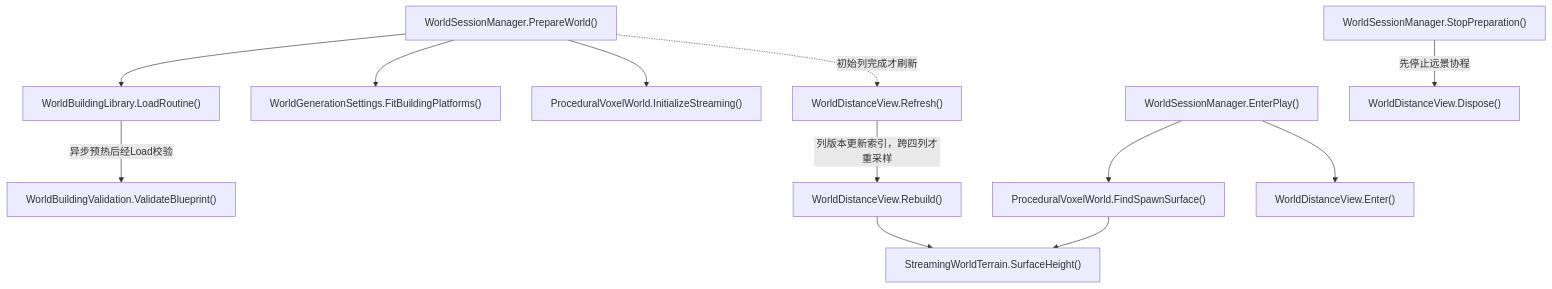
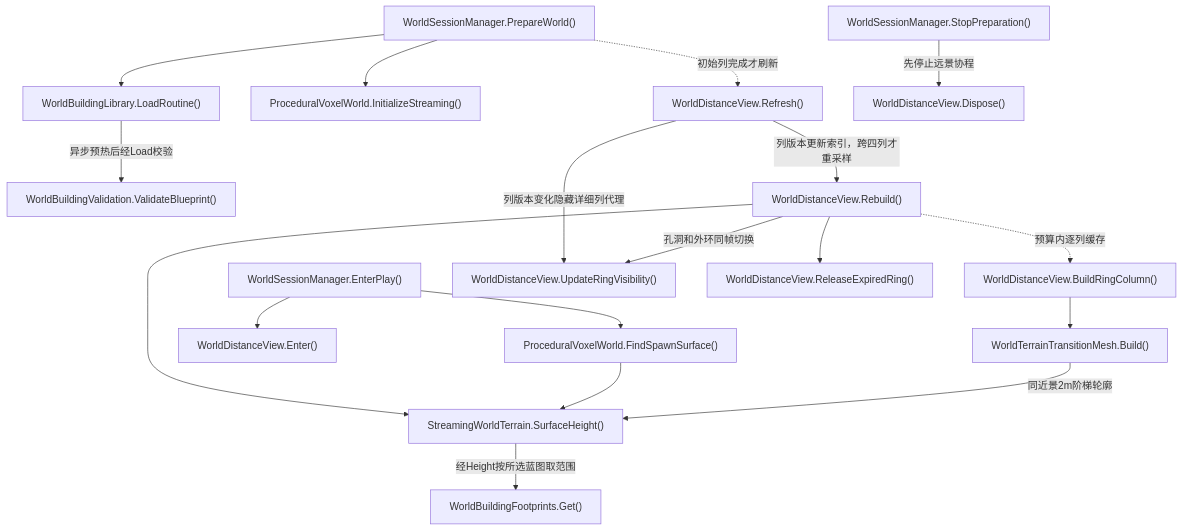
One commit to kukudia/HY-Sandbox changed diagram 15 of 30 in Docs/RuntimeFlow.md. Above: the diagram before and after it, drawn with Mermaid. The commit also changed other lines of this file and 28 other files, not shown here.

First line of the commit message:
Improve building terrain fit and streamed world transitions

````diff
--- a/Docs/RuntimeFlow.md
+++ b/Docs/RuntimeFlow.md
@@ -1407,40 +1407,54 @@
 ```mermaid
 flowchart TD
     A["WorldSessionManager.PrepareWorld()"]
     click A "../Assets/Scripts/Features/World/WorldSessionManager.cs#L125" "打开源码"
     B["WorldBuildingLibrary.LoadRoutine()"]
-    click B "../Assets/Scripts/Features/World/WorldBuildingLibrary.cs#L24" "打开源码"
+    click B "../Assets/Scripts/Features/World/WorldBuildingLibrary.cs#L20" "打开源码"
     C["WorldBuildingValidation.ValidateBlueprint()"]
     click C "../Assets/Scripts/Features/World/WorldBuildingValidation.cs#L11" "打开源码"
-    D["WorldGenerationSettings.FitBuildingPlatforms()"]
-    click D "../Assets/Scripts/Features/World/WorldGenerationSettings.cs#L54" "打开源码"
+    D["WorldBuildingFootprints.Get()"]
+    click D "../Assets/Scripts/Features/World/WorldBuildingFootprints.cs#L34" "打开源码"
     E["ProceduralVoxelWorld.InitializeStreaming()"]
     click E "../Assets/Scripts/Features/World/ProceduralVoxelWorld.cs#L178" "打开源码"
     F["WorldDistanceView.Refresh()"]
-    click F "../Assets/Scripts/Features/World/WorldDistanceView.cs#L63" "打开源码"
+    click F "../Assets/Scripts/Features/World/WorldDistanceView.cs#L67" "打开源码"
     G["WorldDistanceView.Rebuild()"]
-    click G "../Assets/Scripts/Features/World/WorldDistanceView.cs#L87" "打开源码"
+    click G "../Assets/Scripts/Features/World/WorldDistanceView.cs#L93" "打开源码"
     H["StreamingWorldTerrain.SurfaceHeight()"]
-    click H "../Assets/Scripts/Features/World/StreamingWorldTerrain.cs#L24" "打开源码"
+    click H "../Assets/Scripts/Features/World/StreamingWorldTerrain.cs#L26" "打开源码"
     I["WorldSessionManager.EnterPlay()"]
-    click I "../Assets/Scripts/Features/World/WorldSessionManager.cs#L232" "打开源码"
+    click I "../Assets/Scripts/Features/World/WorldSessionManager.cs#L231" "打开源码"
     J["ProceduralVoxelWorld.FindSpawnSurface()"]
     click J "../Assets/Scripts/Features/World/ProceduralVoxelWorld.cs#L52" "打开源码"
     K["WorldDistanceView.Enter()"]
-    click K "../Assets/Scripts/Features/World/WorldDistanceView.cs#L205" "打开源码"
+    click K "../Assets/Scripts/Features/World/WorldDistanceView.cs#L323" "打开源码"
     L["WorldSessionManager.StopPreparation()"]
-    click L "../Assets/Scripts/Features/World/WorldSessionManager.cs#L486" "打开源码"
+    click L "../Assets/Scripts/Features/World/WorldSessionManager.cs#L485" "打开源码"
     M["WorldDistanceView.Dispose()"]
-    click M "../Assets/Scripts/Features/World/WorldDistanceView.cs#L232" "打开源码"
+    click M "../Assets/Scripts/Features/World/WorldDistanceView.cs#L350" "打开源码"
+    N["WorldDistanceView.BuildRingColumn()"]
+    click N "../Assets/Scripts/Features/World/WorldDistanceView.cs#L270" "打开源码"
+    O["WorldTerrainTransitionMesh.Build()"]
+    click O "../Assets/Scripts/Features/World/WorldTerrainTransitionMesh.cs#L9" "打开源码"
+    P["WorldDistanceView.UpdateRingVisibility()"]
+    click P "../Assets/Scripts/Features/World/WorldDistanceView.cs#L232" "打开源码"
+    Q["WorldDistanceView.ReleaseExpiredRing()"]
+    click Q "../Assets/Scripts/Features/World/WorldDistanceView.cs#L250" "打开源码"
     A --> B
     B -->|异步预热后经Load校验| C
-    A --> D
     A --> E
+    H -->|经Height按所选蓝图取范围| D
     A -.->|初始列完成才刷新| F
     F -->|列版本更新索引，跨四列才重采样| G
     G --> H
     I --> J
     J --> H
     I --> K
     L -->|先停止远景协程| M
+    G -.->|预算内逐列缓存| N
+    N --> O
+    O -->|同近景2m阶梯轮廓| H
+    F -->|列版本变化隐藏详细列代理| P
+    G -->|孔洞和外环同帧切换| P
+    G --> Q
 ```
````
